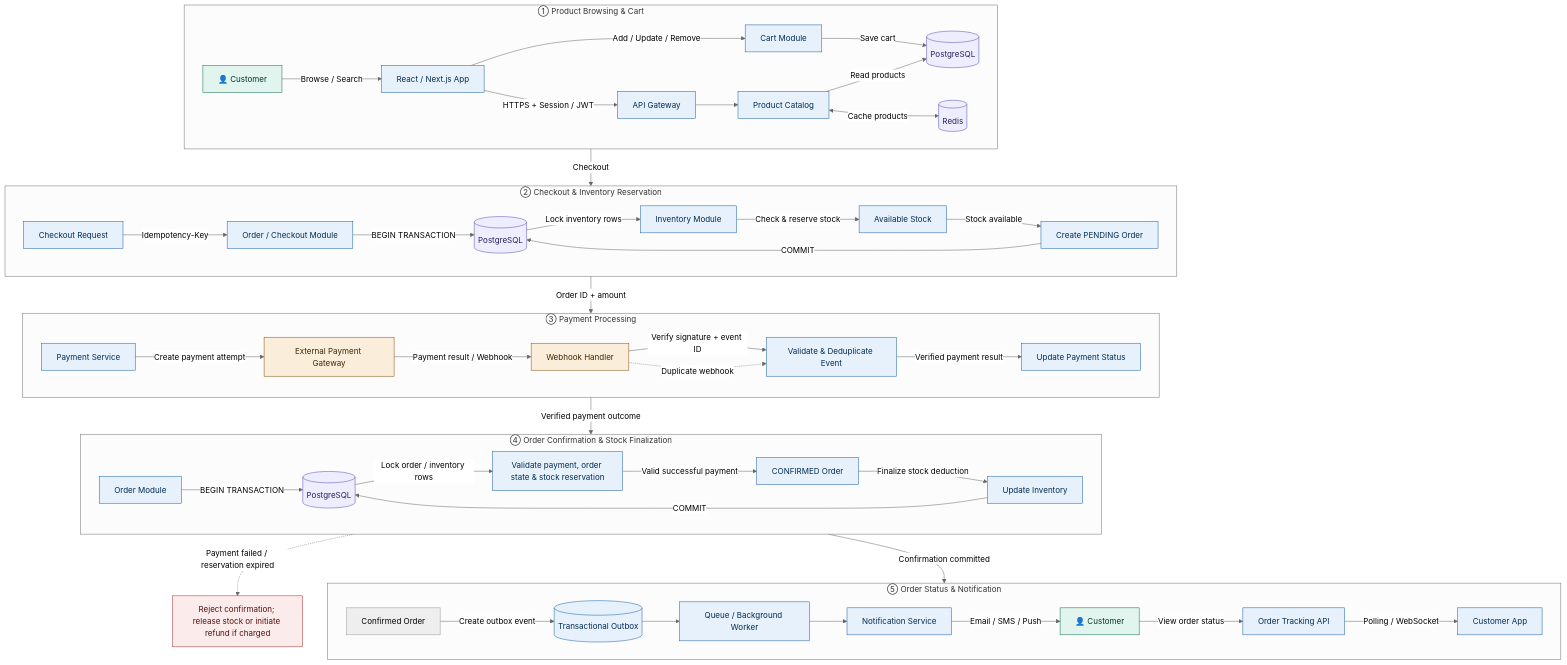
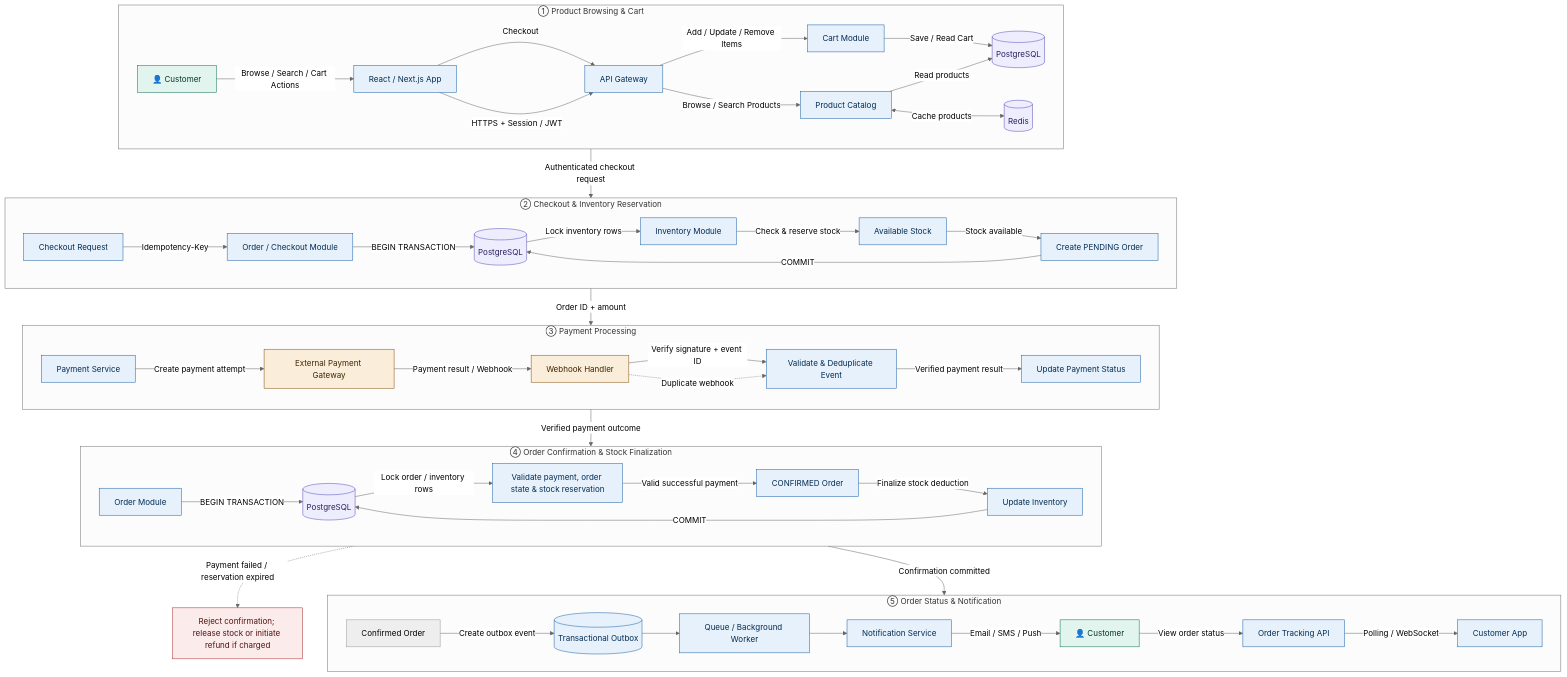
One commit to Murad134/System-Design-Playbook changed the fourth of 6 diagrams in Daraz/README.md. Above: the diagram before and after it, drawn with Mermaid (neutral theme).

Commit message:
Update flowchart for product browsing and checkout

````diff
--- a/Daraz/README.md
+++ b/Daraz/README.md
@@ -159,71 +159,75 @@
 ```mermaid
+
 flowchart TB
 
     subgraph S1["① Product Browsing & Cart"]
         direction LR
-        U["👤 Customer"] -->|"Browse / Search"| W["React / Next.js App"]
+        U["👤 Customer"] -->|"Browse / Search / Cart Actions"| W["React / Next.js App"]
         W -->|"HTTPS + Session / JWT"| G["API Gateway"]
-        G --> C["Product Catalog"]
+
+        G -->|"Browse / Search Products"| C["Product Catalog"]
         C -->|"Read products"| DB1[("PostgreSQL")]
         C <-->|"Cache products"| R[("Redis")]
-        W -->|"Add / Update / Remove"| CART["Cart Module"]
-        CART -->|"Save cart"| DB1
+
+        G -->|"Add / Update / Remove Items"| CART["Cart Module"]
+        CART -->|"Save / Read Cart"| DB1
     end
 
     subgraph S2["② Checkout & Inventory Reservation"]
         direction LR
         CH["Checkout Request"] -->|"Idempotency-Key"| O["Order / Checkout Module"]
         O -->|"BEGIN TRANSACTION"| DB2[("PostgreSQL")]
         DB2 -->|"Lock inventory rows"| I["Inventory Module"]
         I -->|"Check & reserve stock"| ST["Available Stock"]
         ST -->|"Stock available"| P["Create PENDING Order"]
         P -->|"COMMIT"| DB2
     end
 
     subgraph S3["③ Payment Processing"]
         direction LR
         PS["Payment Service"] -->|"Create payment attempt"| PG["External Payment Gateway"]
         PG -->|"Payment result / Webhook"| WH["Webhook Handler"]
         WH -->|"Verify signature + event ID"| V["Validate & Deduplicate Event"]
         V -->|"Verified payment result"| PV["Update Payment Status"]
     end
 
     subgraph S4["④ Order Confirmation & Stock Finalization"]
         direction LR
         O2["Order Module"] -->|"BEGIN TRANSACTION"| DB3[("PostgreSQL")]
         DB3 -->|"Lock order / inventory rows"| VAL["Validate payment, order state & stock reservation"]
         VAL -->|"Valid successful payment"| CONF["CONFIRMED Order"]
         CONF -->|"Finalize stock deduction"| INV["Update Inventory"]
         INV -->|"COMMIT"| DB3
     end
 
     subgraph S5["⑤ Order Status & Notification"]
         direction LR
         ORD["Confirmed Order"] -->|"Create outbox event"| OB[("Transactional Outbox")]
         OB --> Q["Queue / Background Worker"]
         Q --> N["Notification Service"]
         N -->|"Email / SMS / Push"| U2["👤 Customer"]
         U2 -->|"View order status"| TRACK["Order Tracking API"]
         TRACK -->|"Polling / WebSocket"| W2["Customer App"]
     end
 
-    W -->|"Checkout"| CH
+    W -->|"Checkout"| G
+    G -->|"Authenticated checkout request"| CH
     P -->|"Order ID + amount"| PS
     PV -->|"Verified payment outcome"| O2
     DB3 -->|"Confirmation committed"| ORD
 
     VAL -.->|"Payment failed / reservation expired"| FAIL["Reject confirmation; release stock or initiate refund if charged"]
     WH -.->|"Duplicate webhook"| V
 
     classDef user fill:#E1F5EE,stroke:#0F6E56,color:#04342C
     classDef svc fill:#E6F1FB,stroke:#185FA5,color:#042C53
     classDef ext fill:#FAEEDA,stroke:#854F0B,color:#412402
     classDef db fill:#EEEDFE,stroke:#534AB7,color:#26215C
     classDef error fill:#FCEBEB,stroke:#A32D2D,color:#501313
 
     class U,U2 user
     class W,G,C,CART,CH,O,I,ST,P,PS,V,PV,O2,VAL,CONF,INV,OB,Q,N,TRACK,W2 svc
     class PG,WH ext
     class DB1,DB2,DB3,R db
     class FAIL error
 ```
````
